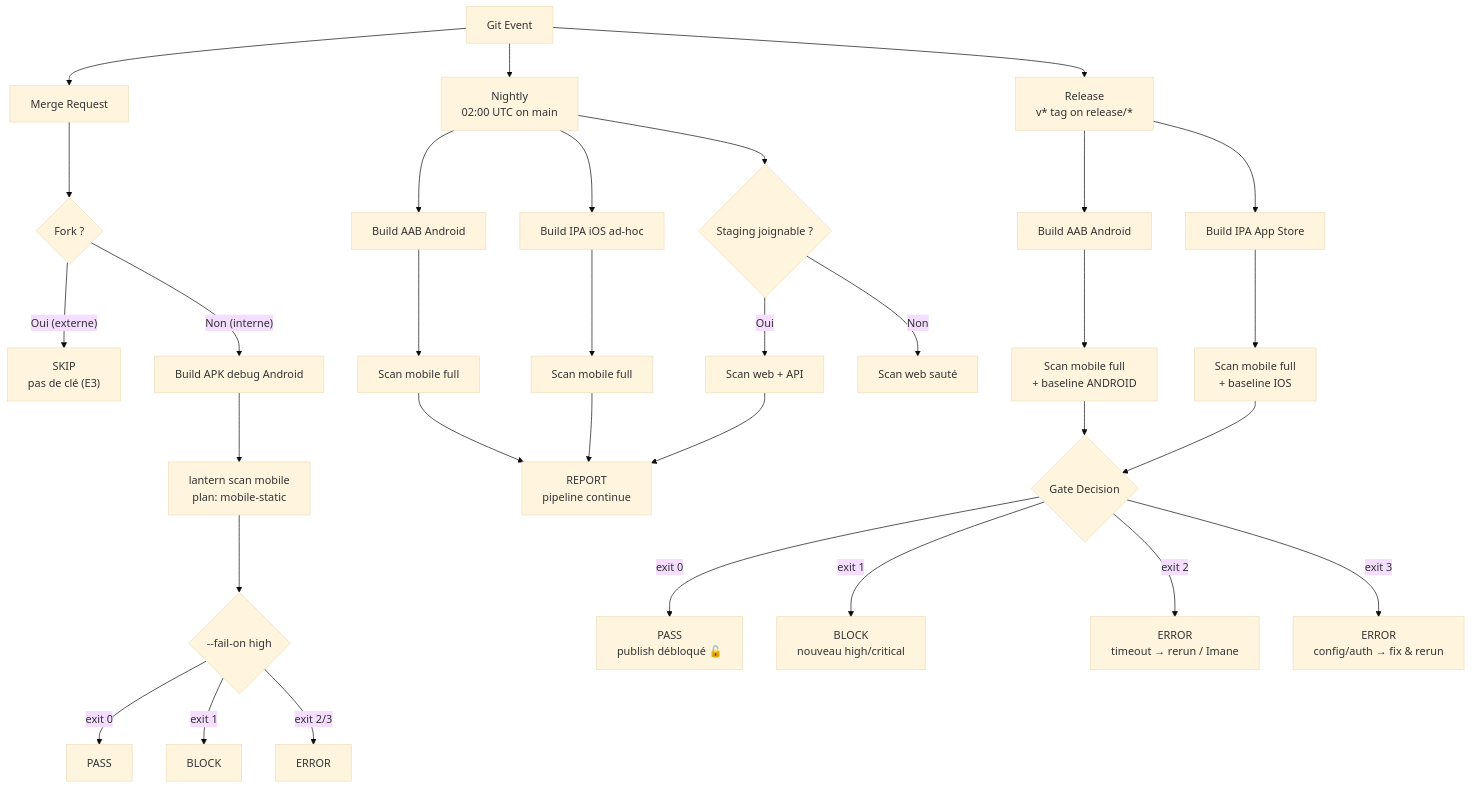
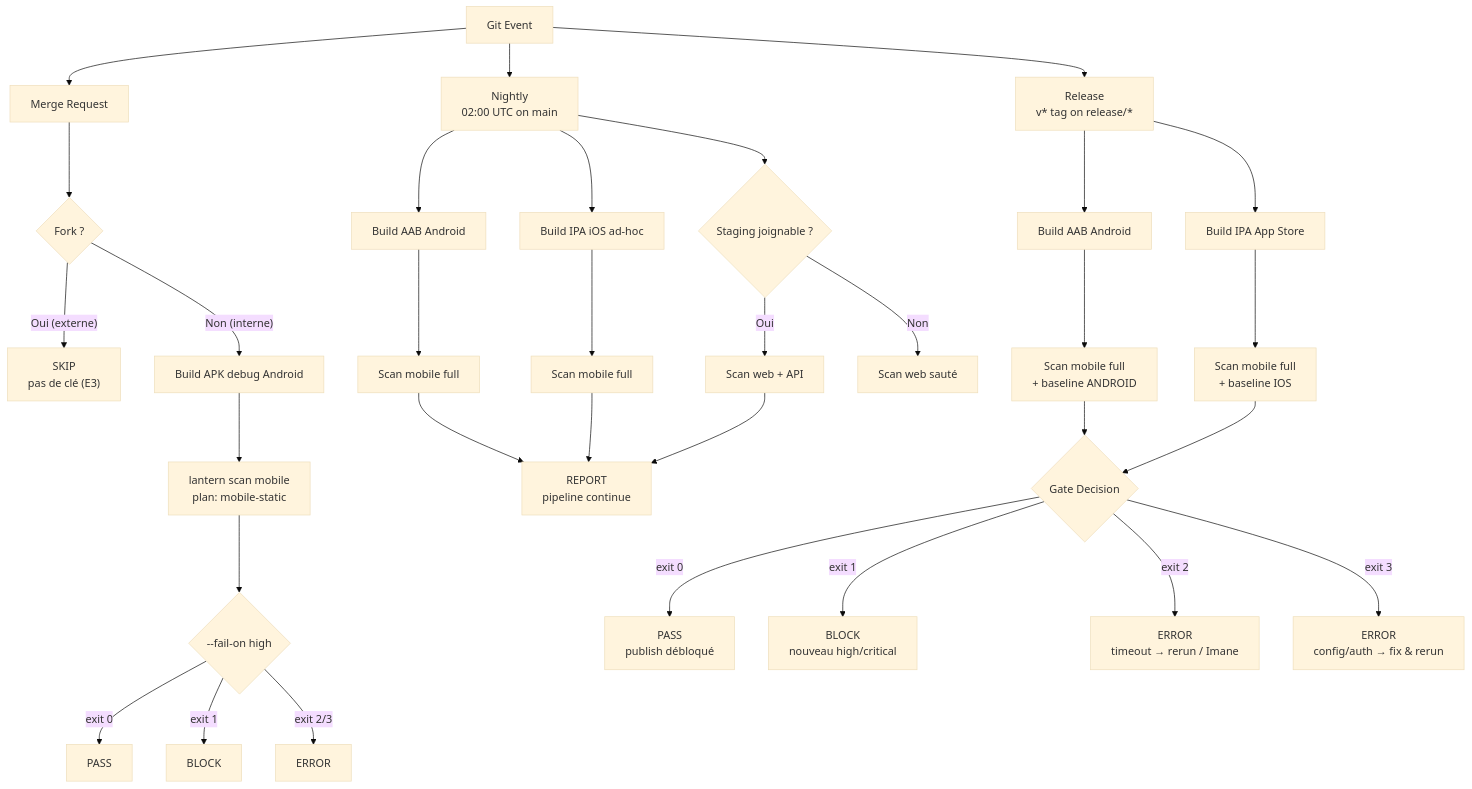
Before and after one commit to Ayoub-glitsh/lantern-kestrel-presales-assessment: the second of 7 diagrams in integration_design.md, drawn with Mermaid (base theme). The commit also changed other lines of this file, not shown here.

````diff
--- a/integration_design.md
+++ b/integration_design.md
@@ -92,48 +92,48 @@
 ```mermaid
     flowchart TD
     EVT["Git Event"]
 
     EVT --> MR["Merge Request"]
     EVT --> NIG["Nightly<br/>02:00 UTC on main"]
     EVT --> REL["Release<br/>v* tag on release/*"]
 
     %% ---------- MERGE REQUEST ----------
     MR --> FORK{"Fork ?"}
     FORK -- "Oui (externe)" --> MR_SKIP["SKIP<br/>pas de clé (E3)"]
     FORK -- "Non (interne)" --> MR_BUILD["Build APK debug Android"]
     MR_BUILD --> MR_SCAN["lantern scan mobile<br/>plan: mobile-static"]
     MR_SCAN --> MR_GATE{"--fail-on high"}
     MR_GATE -- "exit 0" --> MR_PASS["PASS"]
     MR_GATE -- "exit 1" --> MR_BLOCK["BLOCK"]
     MR_GATE -- "exit 2/3" --> MR_ERR["ERROR"]
 
     %% ---------- NIGHTLY ----------
     NIG --> N_AND["Build AAB Android"]
     NIG --> N_IOS["Build IPA iOS ad-hoc"]
     NIG --> N_WEB{"Staging joignable ?"}
 
     N_AND --> N_S1["Scan mobile full"]
     N_IOS --> N_S2["Scan mobile full"]
     N_WEB -- "Oui" --> N_S3["Scan web + API"]
     N_WEB -- "Non" --> N_SKIP["Scan web sauté"]
 
     N_S1 --> N_REP["REPORT<br/>pipeline continue"]
     N_S2 --> N_REP
     N_S3 --> N_REP
 
     %% ---------- RELEASE ----------
     REL --> R_AND["Build AAB Android"]
     REL --> R_IOS["Build IPA App Store"]
 
     R_AND --> R_S1["Scan mobile full<br/>+ baseline ANDROID"]
     R_IOS --> R_S2["Scan mobile full<br/>+ baseline IOS"]
 
     R_S1 --> R_GATE{"Gate Decision"}
     R_S2 --> R_GATE
 
-    R_GATE -- "exit 0" --> R_PASS["PASS<br/>publish débloqué 🔓"]
+    R_GATE -- "exit 0" --> R_PASS["PASS<br/>publish débloqué "]
     R_GATE -- "exit 1" --> R_BLOCK["BLOCK<br/>nouveau high/critical"]
     R_GATE -- "exit 2" --> R_ERR2["ERROR<br/>timeout → rerun / Imane"]
     R_GATE -- "exit 3" --> R_ERR3["ERROR<br/>config/auth → fix & rerun"]
 
 ```
````
